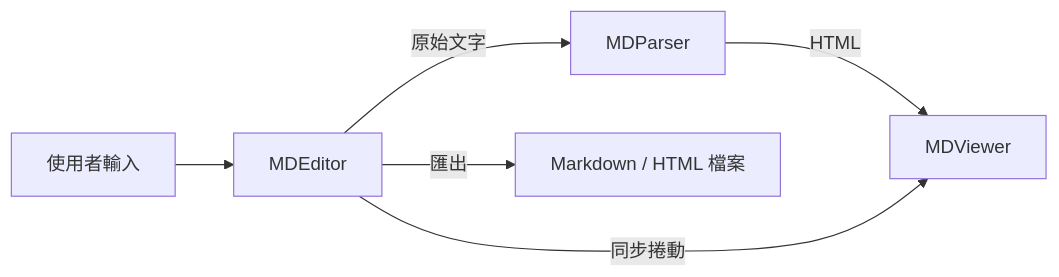
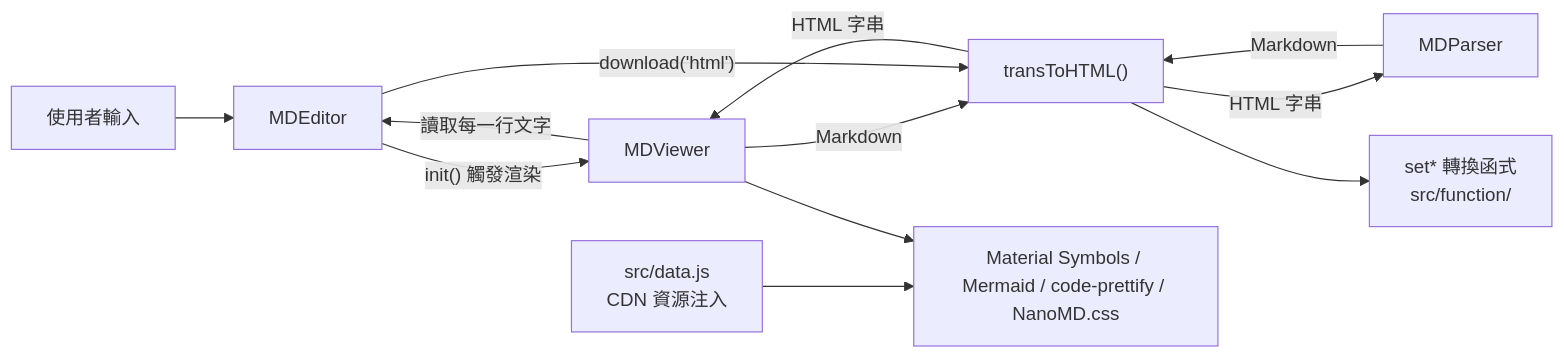
One commit to pardnchiu/NanoMD changed the first of 7 diagrams in doc/architecture.zh.md. Above: the diagram before and after it, drawn with Mermaid. The commit also changed other lines of this file and 8 other files, not shown here.

````diff
--- a/doc/architecture.zh.md
+++ b/doc/architecture.zh.md
@@ -9,8 +7,14 @@
 ```mermaid
 graph LR
-    Input[使用者輸入] --> Editor[MDEditor]
-    Editor -->|原始文字| Parser[MDParser]
-    Parser -->|HTML| Viewer[MDViewer]
-    Editor -->|同步捲動| Viewer
-    Editor -->|匯出| Export[Markdown / HTML 檔案]
+    User[使用者輸入] --> Editor[MDEditor]
+    Editor -->|"init() 觸發渲染"| Viewer[MDViewer]
+    Viewer -->|讀取每一行文字| Editor
+    Viewer -->|Markdown| Trans["transToHTML()"]
+    Parser[MDParser] -->|Markdown| Trans
+    Editor -->|"download('html')"| Trans
+    Trans -->|HTML 字串| Viewer
+    Trans -->|HTML 字串| Parser
+    Trans --> Funcs["set* 轉換函式<br/>src/function/"]
+    Data["src/data.js<br/>CDN 資源注入"] --> Runtime[Material Symbols / Mermaid / code-prettify / NanoMD.css]
+    Viewer --> Runtime
 ```
````
